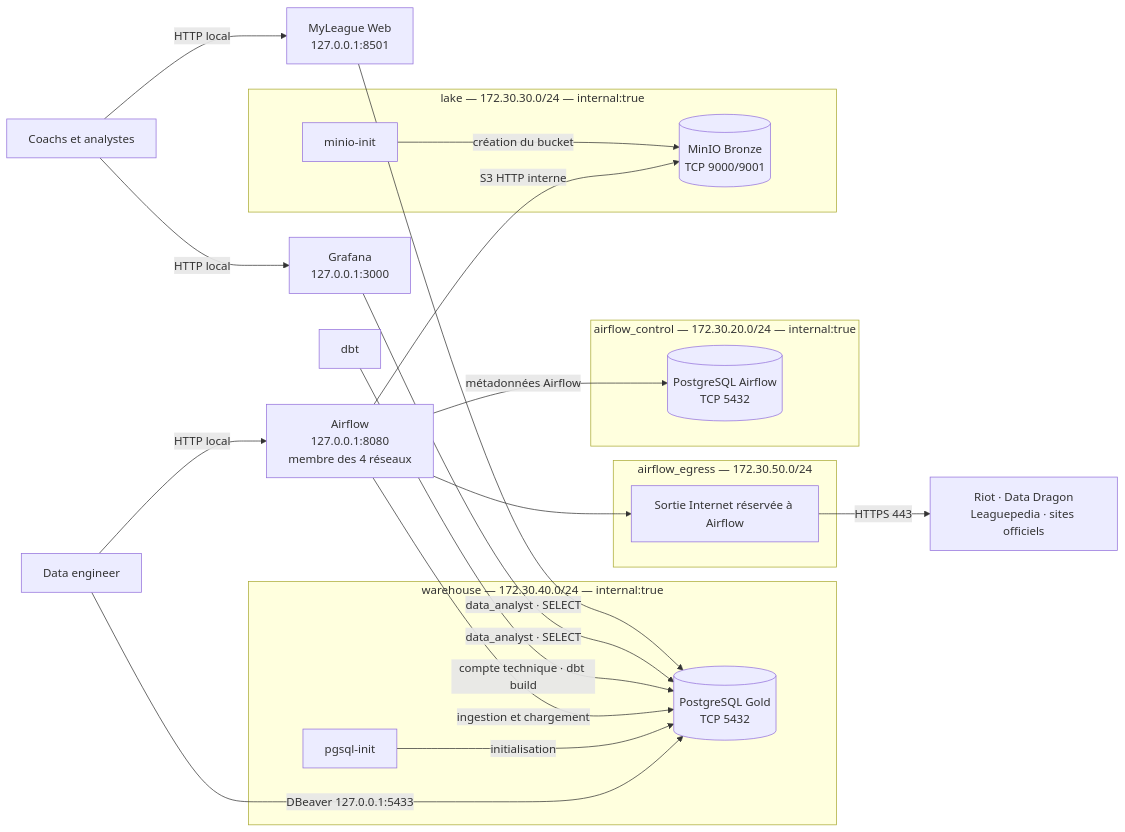
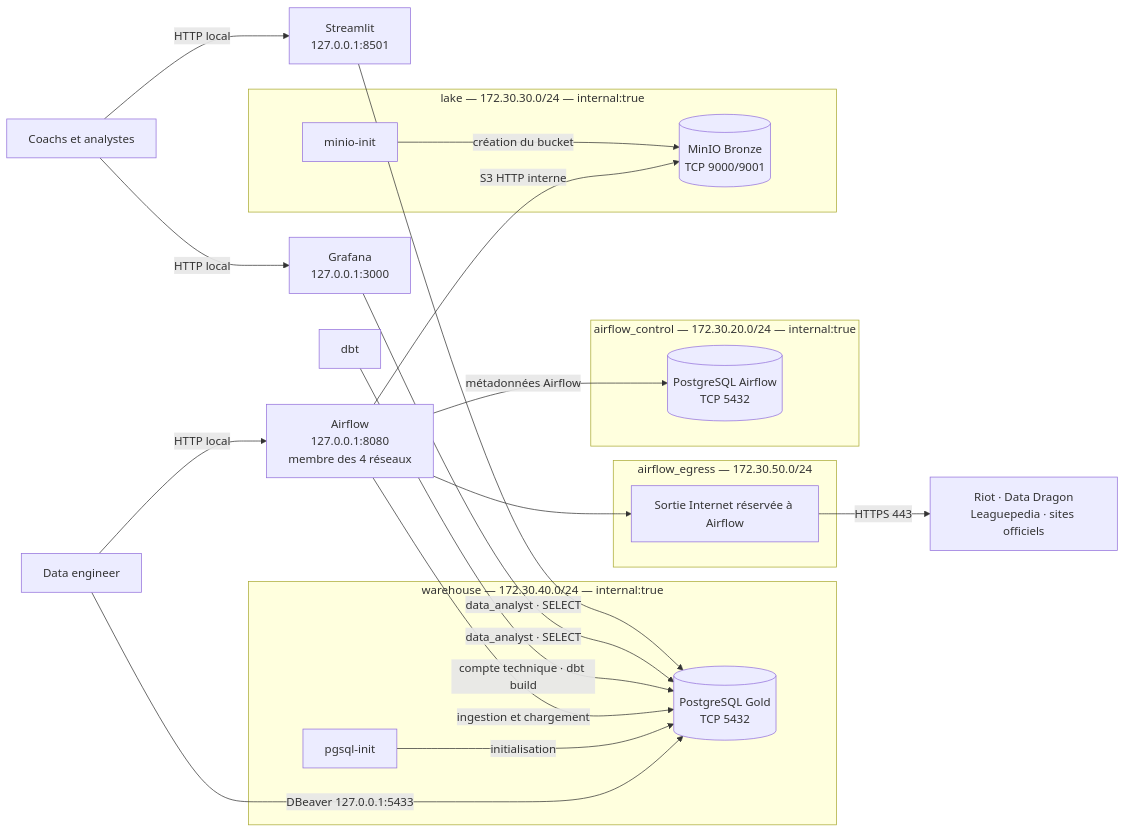
One commit to Randil12/MyLeague changed the fifth of 5 diagrams in README.md. Above: the diagram before and after it, drawn with Mermaid. The commit also changed other lines of this file and 42 other files, not shown here.

````diff
--- a/README.md
+++ b/README.md
@@ -456,45 +494,45 @@
 ```mermaid
 flowchart LR
     USER["Coachs et analystes"]
     ADMIN["Data engineer"]
     SOURCES["Riot · Data Dragon<br/>Leaguepedia · sites officiels"]
 
-    ST["MyLeague Web<br/>127.0.0.1:8501"]
+    ST["Streamlit<br/>127.0.0.1:8501"]
     GRAF["Grafana<br/>127.0.0.1:3000"]
     AF["Airflow<br/>127.0.0.1:8080<br/>membre des 4 réseaux"]
     DBT["dbt"]
 
     subgraph CONTROL["airflow_control — 172.30.20.0/24 — internal:true"]
         META[("PostgreSQL Airflow<br/>TCP 5432")]
     end
 
     subgraph LAKE["lake — 172.30.30.0/24 — internal:true"]
         MINIO[("MinIO Bronze<br/>TCP 9000/9001")]
         MINIOINIT["minio-init"]
     end
 
     subgraph WAREHOUSE["warehouse — 172.30.40.0/24 — internal:true"]
         PG[("PostgreSQL Gold<br/>TCP 5432")]
         PGSQLINIT["pgsql-init"]
     end
 
     subgraph EGRESS["airflow_egress — 172.30.50.0/24"]
         OUT["Sortie Internet réservée à Airflow"]
     end
 
     USER -->|"HTTP local"| ST
     USER -->|"HTTP local"| GRAF
     ADMIN -->|"HTTP local"| AF
     ADMIN -->|"DBeaver 127.0.0.1:5433"| PG
 
     ST -->|"data_analyst · SELECT"| PG
     GRAF -->|"data_analyst · SELECT"| PG
     DBT -->|"compte technique · dbt build"| PG
     AF -->|"ingestion et chargement"| PG
     PGSQLINIT -->|"initialisation"| PG
 
     AF -->|"S3 HTTP interne"| MINIO
     MINIOINIT -->|"création du bucket"| MINIO
     AF -->|"métadonnées Airflow"| META
     AF --> OUT -->|"HTTPS 443"| SOURCES
 ```
````
